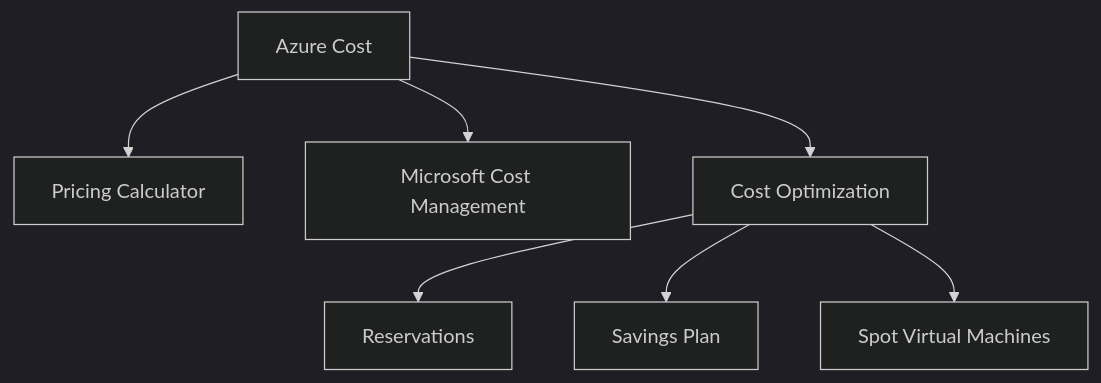
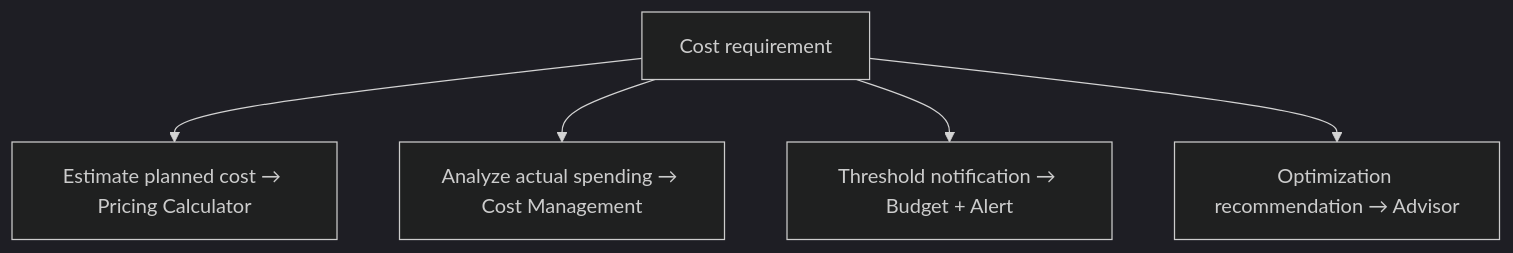
Diagram 11 of 14 in exam/concept-map/concept-map.md (zhyordanova/azure-fundamentals-handbook), drawn with Mermaid (dark theme) before and after one commit. The commit also changed other lines of this file and 1 other file, not shown here.

````diff
--- a/exam/concept-map/concept-map.md
+++ b/exam/concept-map/concept-map.md
@@ -349,17 +363,8 @@
 ```mermaid
 flowchart TD
-
-    COST["Azure Cost"]
-
-    COST --> PC["Pricing Calculator"]
-
-    COST --> CM["Microsoft Cost Management"]
-
-    COST --> OPT["Cost Optimization"]
-
-    OPT --> RES["Reservations"]
-
-    OPT --> SP["Savings Plan"]
-
-    OPT --> SPOT["Spot Virtual Machines"]
+    A["Cost requirement"]
+    A --> PLAN["Estimate planned cost → Pricing Calculator"]
+    A --> ACTUAL["Analyze actual spending → Cost Management"]
+    A --> BUD["Threshold notification → Budget + Alert"]
+    A --> OPT["Optimization recommendation → Advisor"]
 ```
````
